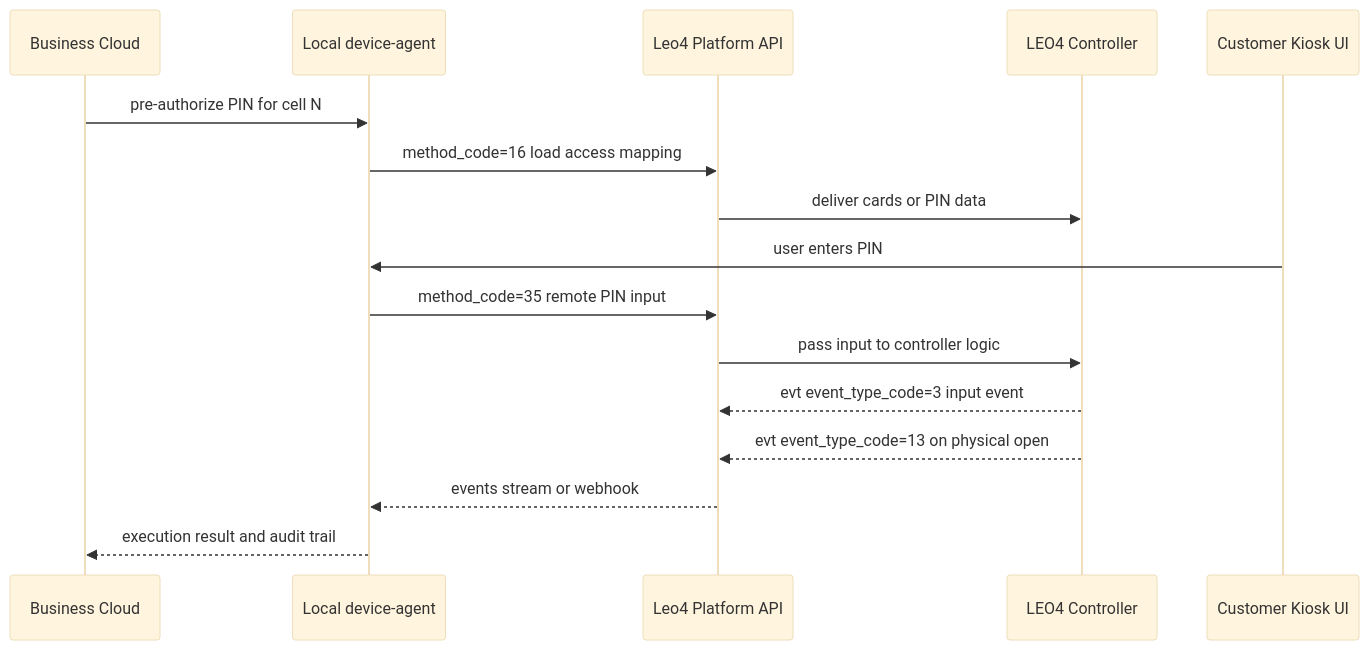
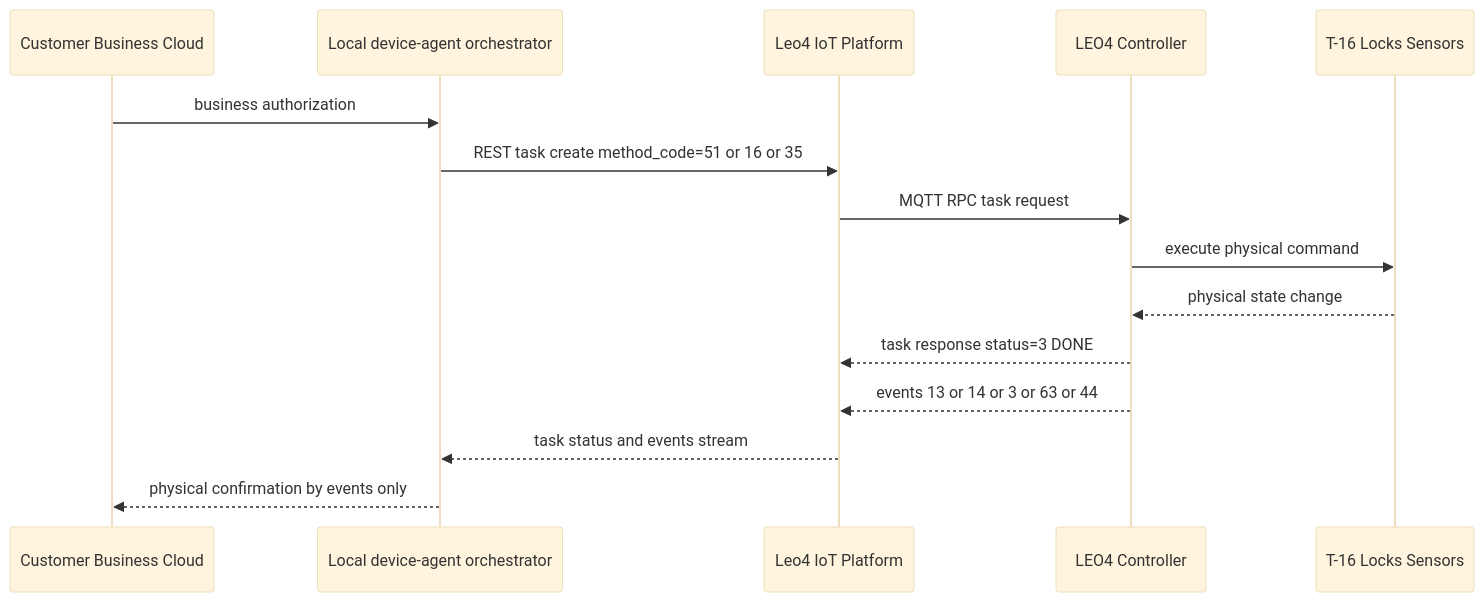
Before and after one commit to OlegLebedevRU/iot-rpc-rest-app: the third of 4 diagrams in docs/presale/leo4-vendor-execution-layer-response.md, drawn with Mermaid (base theme). The commit also changed other lines of this file, not shown here.

First line of the commit message:
docs: restructure presale response around local cloud hybrid modes

````diff
--- a/docs/presale/leo4-vendor-execution-layer-response.md
+++ b/docs/presale/leo4-vendor-execution-layer-response.md
@@ -128,20 +126,18 @@
 ```mermaid
 sequenceDiagram
-    participant BC as Business Cloud
-    participant AG as Local device-agent
-    participant LP as Leo4 Platform API
+    participant BC as Customer Business Cloud
+    participant AG as Local device-agent orchestrator
+    participant LP as Leo4 IoT Platform
     participant CT as LEO4 Controller
-    participant UI as Customer Kiosk UI
+    participant HW as T-16 Locks Sensors
 
-    BC->>AG: pre-authorize PIN for cell N
-    AG->>LP: method_code=16 load access mapping
-    LP->>CT: deliver cards or PIN data
-
-    UI->>AG: user enters PIN
-    AG->>LP: method_code=35 remote PIN input
-    LP->>CT: pass input to controller logic
-    CT-->>LP: evt event_type_code=3 input event
-    CT-->>LP: evt event_type_code=13 on physical open
-    LP-->>AG: events stream or webhook
-    AG-->>BC: execution result and audit trail
+    BC->>AG: business authorization
+    AG->>LP: REST task create method_code=51 or 16 or 35
+    LP->>CT: MQTT RPC task request
+    CT->>HW: execute physical command
+    HW-->>CT: physical state change
+    CT-->>LP: task response status=3 DONE
+    CT-->>LP: events 13 or 14 or 3 or 63 or 44
+    LP-->>AG: task status and events stream
+    AG-->>BC: physical confirmation by events only
 ```
````
